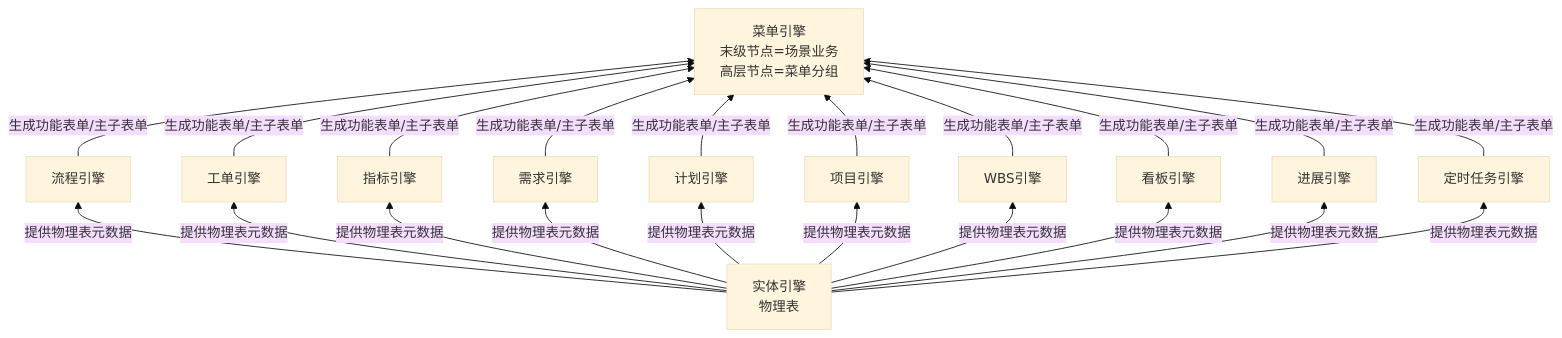
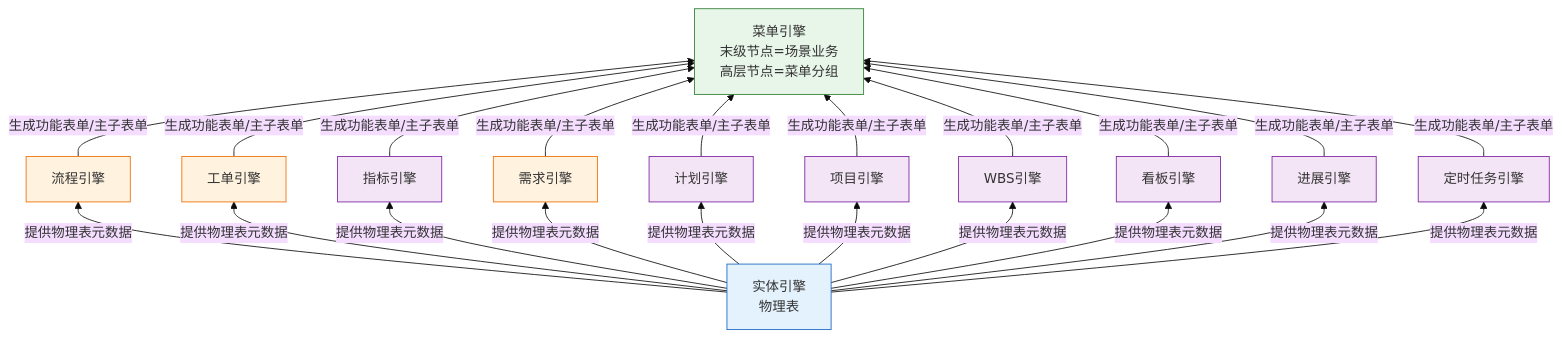
One commit to Yongjunzhou/AOS-system-design changed the diagram in 20-pl4eos/10-pl4eos-subpl-sysdev/10-wfsysdev-4-eos/91-eos-biz-eng-spec.md. Above: the diagram before and after it, drawn with Mermaid (base theme).

Commit message:
fix(91-spec): §2.2 Mermaid图——粗线(--)+classDef四色分组，无subgraph稳定渲染

````diff
--- a/20-pl4eos/10-pl4eos-subpl-sysdev/10-wfsysdev-4-eos/91-eos-biz-eng-spec.md
+++ b/20-pl4eos/10-pl4eos-subpl-sysdev/10-wfsysdev-4-eos/91-eos-biz-eng-spec.md
@@ -127,41 +127,50 @@
 ```mermaid
 flowchart BT
   %% 实体级
   ENTITY[实体引擎<br/>物理表]
   %% 功能级 · 产品数据类
   REQ[需求引擎]
   FLOW[流程引擎]
   WO[工单引擎]
   %% 功能级 · 业务管理类
   PROJ[项目引擎]
   WBS[WBS引擎]
   TASK[计划引擎]
   KANBAN[看板引擎]
   IND[指标引擎]
   PROG[进展引擎]
   SCH[定时任务引擎]
   %% 菜单级
   MENU[菜单引擎<br/>末级节点=场景业务<br/>高层节点=菜单分组]
   %% 实体→功能引擎
-  ENTITY -->|提供物理表元数据| FLOW
-  ENTITY -->|提供物理表元数据| WO
-  ENTITY -->|提供物理表元数据| REQ
-  ENTITY -->|提供物理表元数据| IND
-  ENTITY -->|提供物理表元数据| TASK
-  ENTITY -->|提供物理表元数据| PROJ
-  ENTITY -->|提供物理表元数据| WBS
-  ENTITY -->|提供物理表元数据| KANBAN
-  ENTITY -->|提供物理表元数据| PROG
-  ENTITY -->|提供物理表元数据| SCH
+  ENTITY -- 提供物理表元数据 --> FLOW
+  ENTITY -- 提供物理表元数据 --> WO
+  ENTITY -- 提供物理表元数据 --> REQ
+  ENTITY -- 提供物理表元数据 --> IND
+  ENTITY -- 提供物理表元数据 --> TASK
+  ENTITY -- 提供物理表元数据 --> PROJ
+  ENTITY -- 提供物理表元数据 --> WBS
+  ENTITY -- 提供物理表元数据 --> KANBAN
+  ENTITY -- 提供物理表元数据 --> PROG
+  ENTITY -- 提供物理表元数据 --> SCH
   %% 功能引擎→菜单引擎
-  FLOW -->|生成功能表单/主子表单| MENU
-  WO -->|生成功能表单/主子表单| MENU
-  IND -->|生成功能表单/主子表单| MENU
-  REQ -->|生成功能表单/主子表单| MENU
-  TASK -->|生成功能表单/主子表单| MENU
-  PROJ -->|生成功能表单/主子表单| MENU
-  WBS -->|生成功能表单/主子表单| MENU
-  KANBAN -->|生成功能表单/主子表单| MENU
-  PROG -->|生成功能表单/主子表单| MENU
-  SCH -->|生成功能表单/主子表单| MENU
+  FLOW -- 生成功能表单/主子表单 --> MENU
+  WO -- 生成功能表单/主子表单 --> MENU
+  IND -- 生成功能表单/主子表单 --> MENU
+  REQ -- 生成功能表单/主子表单 --> MENU
+  TASK -- 生成功能表单/主子表单 --> MENU
+  PROJ -- 生成功能表单/主子表单 --> MENU
+  WBS -- 生成功能表单/主子表单 --> MENU
+  KANBAN -- 生成功能表单/主子表单 --> MENU
+  PROG -- 生成功能表单/主子表单 --> MENU
+  SCH -- 生成功能表单/主子表单 --> MENU
+  %% 颜色分组
+  classDef entity fill:#e3f2fd,stroke:#1565c0
+  classDef product fill:#fff3e0,stroke:#ef6c00
+  classDef mgmt fill:#f3e5f5,stroke:#7b1fa2
+  classDef menu fill:#e8f5e9,stroke:#2e7d32
+  class ENTITY entity
+  class REQ,FLOW,WO product
+  class PROJ,WBS,TASK,KANBAN,IND,PROG,SCH mgmt
+  class MENU menu
 ```
````
